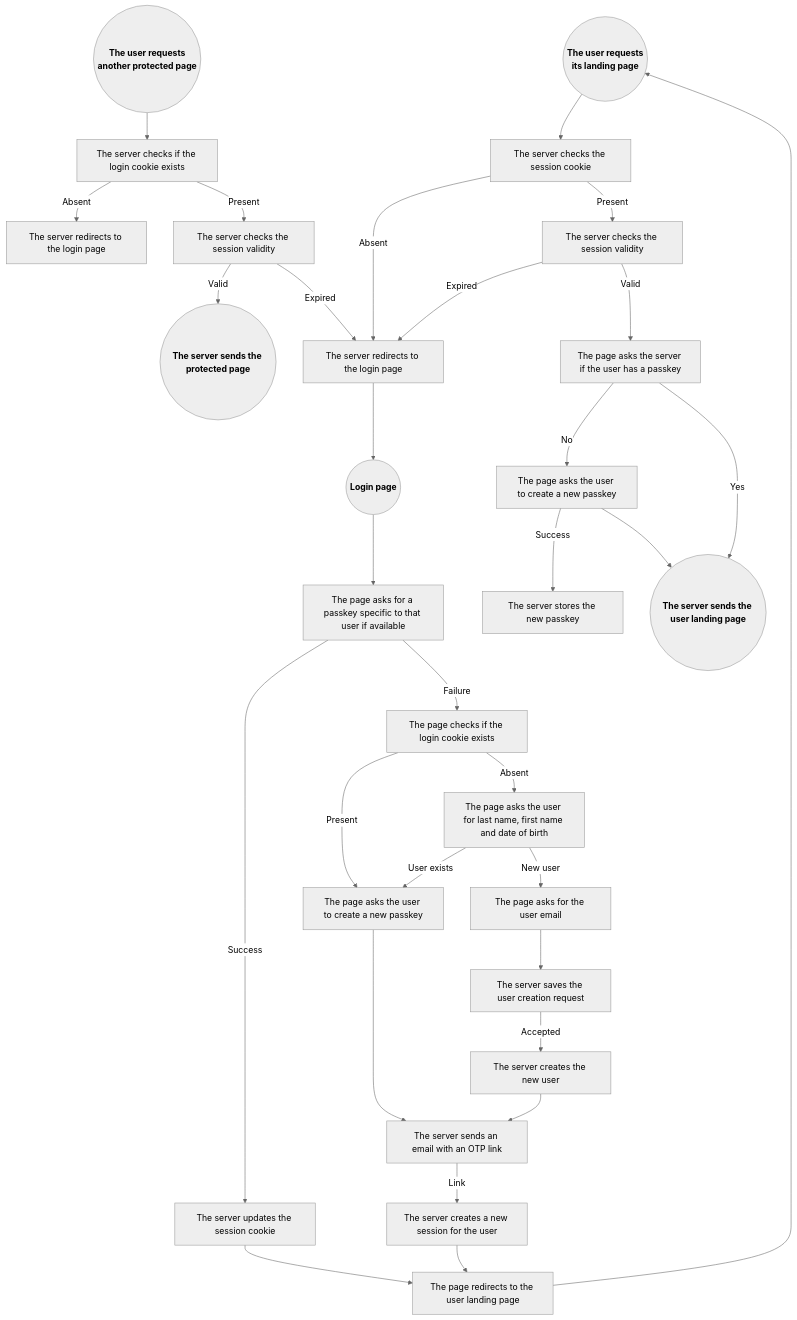
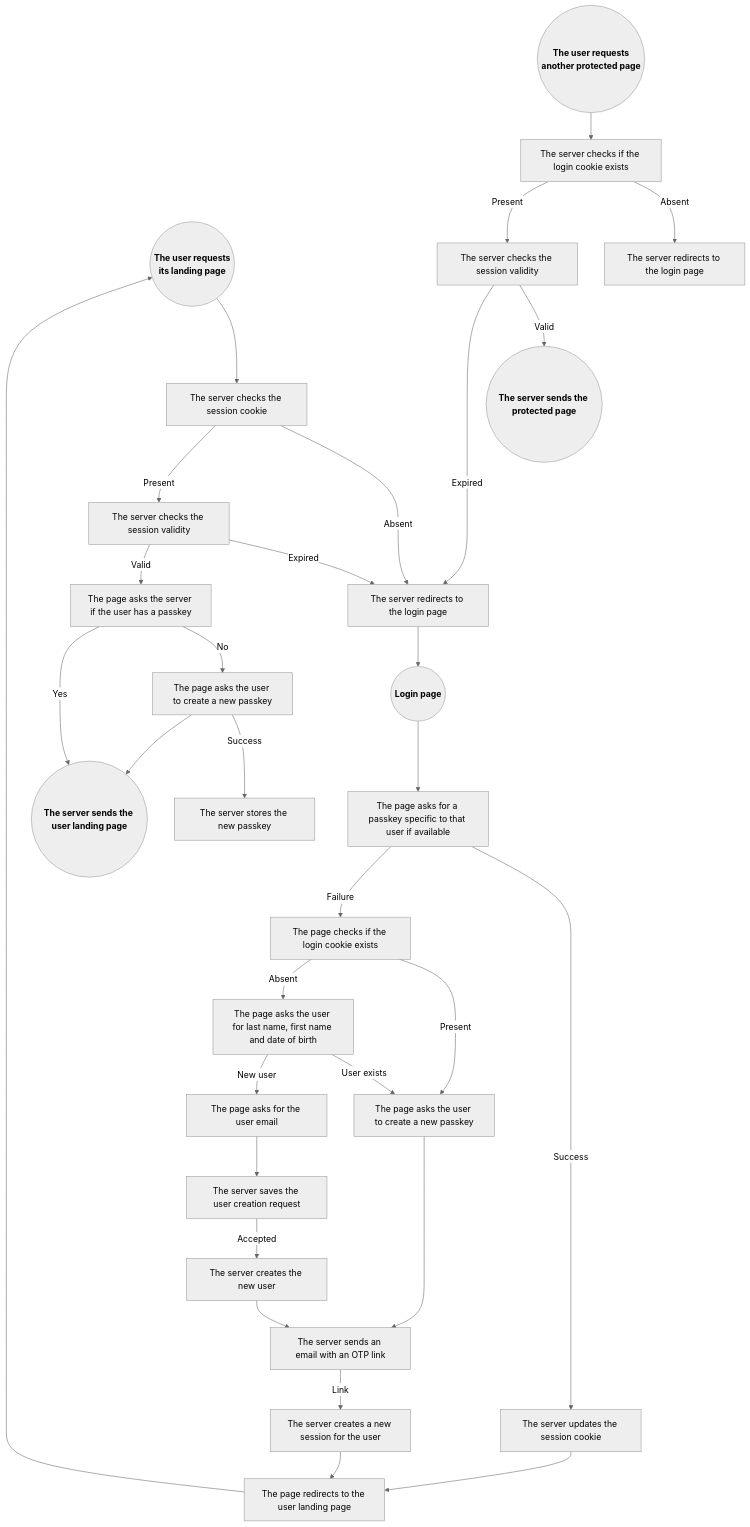
The diagram in README.md (programingjd/tiered_server), drawn with Mermaid (neutral theme) before and after one commit.

````diff
--- a/README.md
+++ b/README.md
@@ -123,40 +123,40 @@
 ```mermaid
 graph TD;
   UserLandingPageRequest(("<b>The user requests<br>its landing page</b>"))
   ProtectedPageRequest(("<b>The user requests<br>another protected page</b>"))
   LoginPageRequest(("<b>Login page</b>"))
   
   ProtectedPageRequest-->QueryCookie1[The server checks if the login cookie exists]
   QueryCookie1-->|Absent|LoginPageRedirect1[The server redirects to the login page]
   QueryCookie1-->|Present|CheckSessionValidity1[The server checks the session validity]
   CheckSessionValidity1-->|Valid|ProtectedPageResponse(("<b>The server sends the protected page<b>"))
-  CheckSessionValidity1-->|Expired|LoginPageRedirect
+  CheckSessionValidity1---->|Expired|LoginPageRedirect
 
   UserLandingPageRequest-->QueryCookie2[The server checks the session cookie]
   QueryCookie2--Absent-->LoginPageRedirect[The server redirects to the login page]
   QueryCookie2--Present-->CheckSessionValidity2[The server checks the session validity]
   CheckSessionValidity2-->|Expired|LoginPageRedirect
   CheckSessionValidity2-->|Valid|QueryExistingPasskey2[The page asks the server if the user has a passkey]
   QueryExistingPasskey2-->|No|NewPasskeyPrompt2[The page asks the user to create a new passkey]
   QueryExistingPasskey2-->|Yes|UserLandingPageResponse(("<b>The server sends the user landing page<b>"))
   NewPasskeyPrompt2-->|Success|NewPasskeyStore2[The server stores the new passkey]
   NewPasskeyPrompt2-->UserLandingPageResponse
 
   LoginPageRequest-->QueryPasskey[The page asks for a passkey specific to that user if available]
   QueryPasskey-->|Success|SessionCookieUpdate[The server updates the session cookie]
   SessionCookieUpdate-->UserLandingPageRedirect[The page redirects to the user landing page]
   QueryPasskey-->|Failure|QueryCookie3[The page checks if the login cookie exists]
   QueryCookie3-->|Present|NewPasskeyPrompt3[The page asks the user to create a new passkey]
   QueryCookie3-->|Absent|UserForm[The page asks the user for last name, first name and date of birth]
   UserForm-->|User exists|NewPasskeyPrompt3
   NewPasskeyPrompt3-->EmailOTP[The server sends an email with an OTP link]
   EmailOTP-->|Link|NewSession[The server creates a new session for the user]
   NewSession-->UserLandingPageRedirect
   UserForm-->|New user|NewUser[The page asks for the user email]
   NewUser-->UserModeration[The server saves the user creation request]
   UserModeration-->|Accepted|UserCreation[The server creates the new user]
   UserCreation-->EmailOTP
   
   UserLandingPageRedirect-->UserLandingPageRequest
   LoginPageRedirect-->LoginPageRequest
 ```
````
